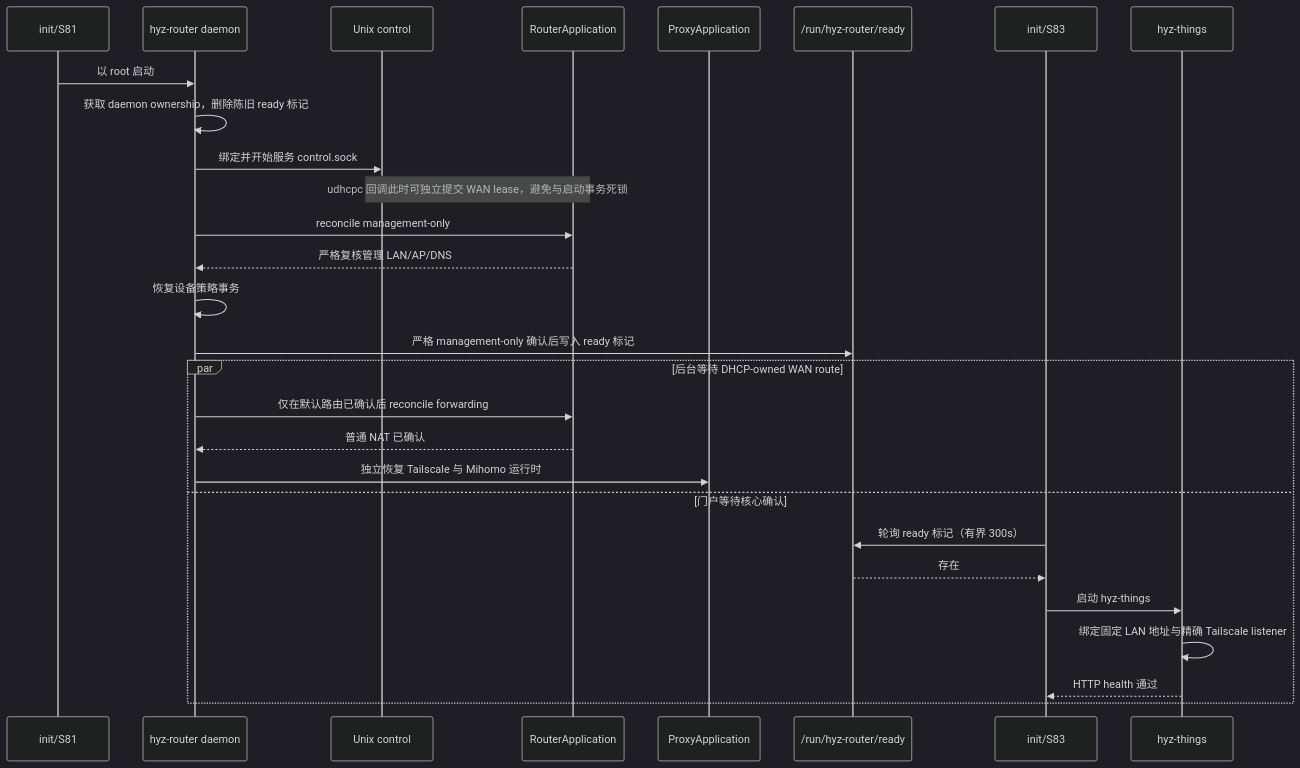
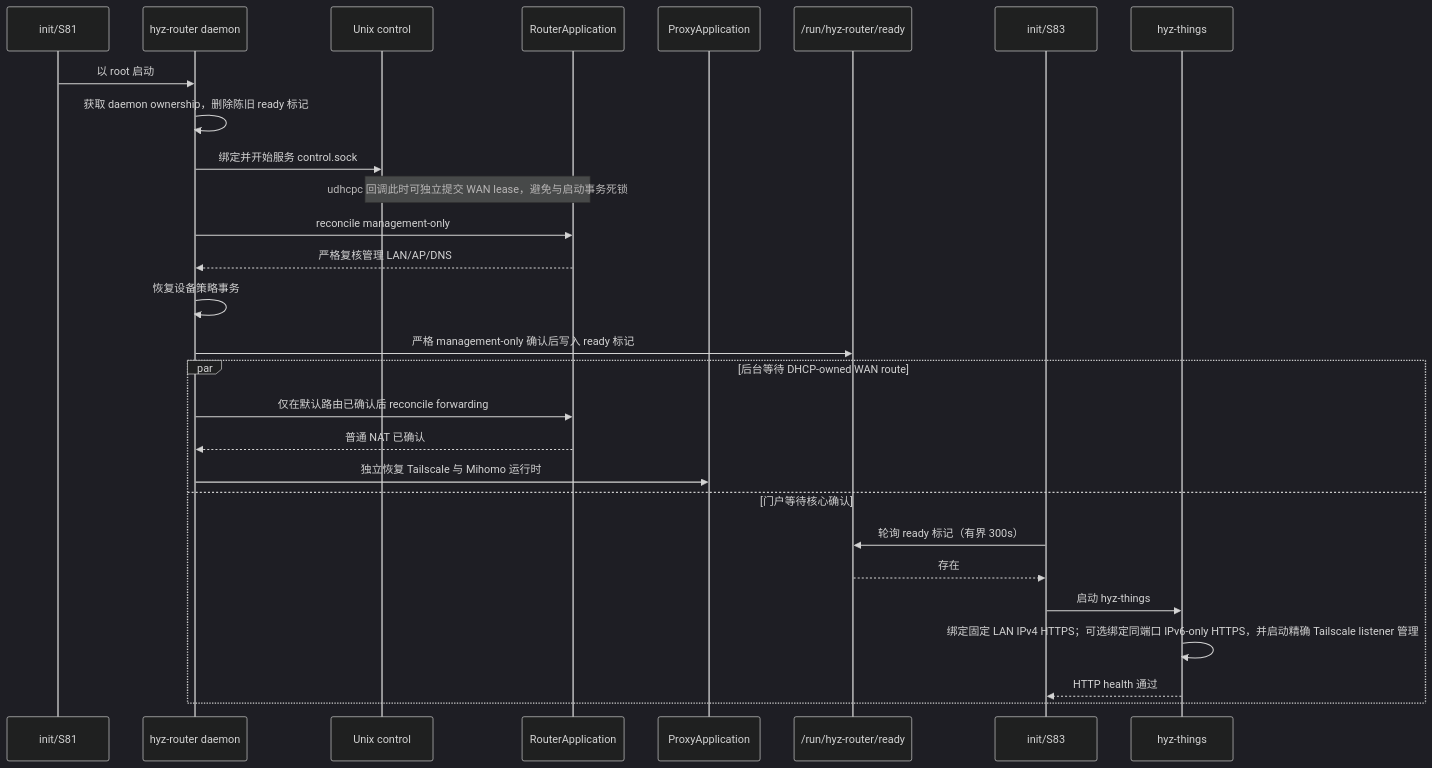
The third of 3 diagrams in docs/architecture.md (hyz-rk3568-sdk/hyz-things), drawn with Mermaid (dark theme) before and after one commit. The commit also changed other lines of this file and 22 other files, not shown here.

````diff
--- a/docs/architecture.md
+++ b/docs/architecture.md
@@ -216,31 +216,31 @@
 ```mermaid
 sequenceDiagram
     participant InitR as init/S81
     participant Daemon as hyz-router daemon
     participant Control as Unix control
     participant Network as RouterApplication
     participant Proxy as ProxyApplication
     participant Marker as /run/hyz-router/ready
     participant InitT as init/S83
     participant Portal as hyz-things
 
     InitR->>Daemon: 以 root 启动
     Daemon->>Daemon: 获取 daemon ownership，删除陈旧 ready 标记
     Daemon->>Control: 绑定并开始服务 control.sock
     Note over Control,Network: udhcpc 回调此时可独立提交 WAN lease，避免与启动事务死锁
     Daemon->>Network: reconcile management-only
     Network-->>Daemon: 严格复核管理 LAN/AP/DNS
     Daemon->>Daemon: 恢复设备策略事务
     Daemon->>Marker: 严格 management-only 确认后写入 ready 标记
     par 后台等待 DHCP-owned WAN route
         Daemon->>Network: 仅在默认路由已确认后 reconcile forwarding
         Network-->>Daemon: 普通 NAT 已确认
         Daemon->>Proxy: 独立恢复 Tailscale 与 Mihomo 运行时
     and 门户等待核心确认
         InitT->>Marker: 轮询 ready 标记（有界 300s）
         Marker-->>InitT: 存在
         InitT->>Portal: 启动 hyz-things
-        Portal->>Portal: 绑定固定 LAN 地址与精确 Tailscale listener
+        Portal->>Portal: 绑定固定 LAN IPv4 HTTPS；可选绑定同端口 IPv6-only HTTPS，并启动精确 Tailscale listener 管理
         Portal-->>InitT: HTTP health 通过
     end
 ```
````
